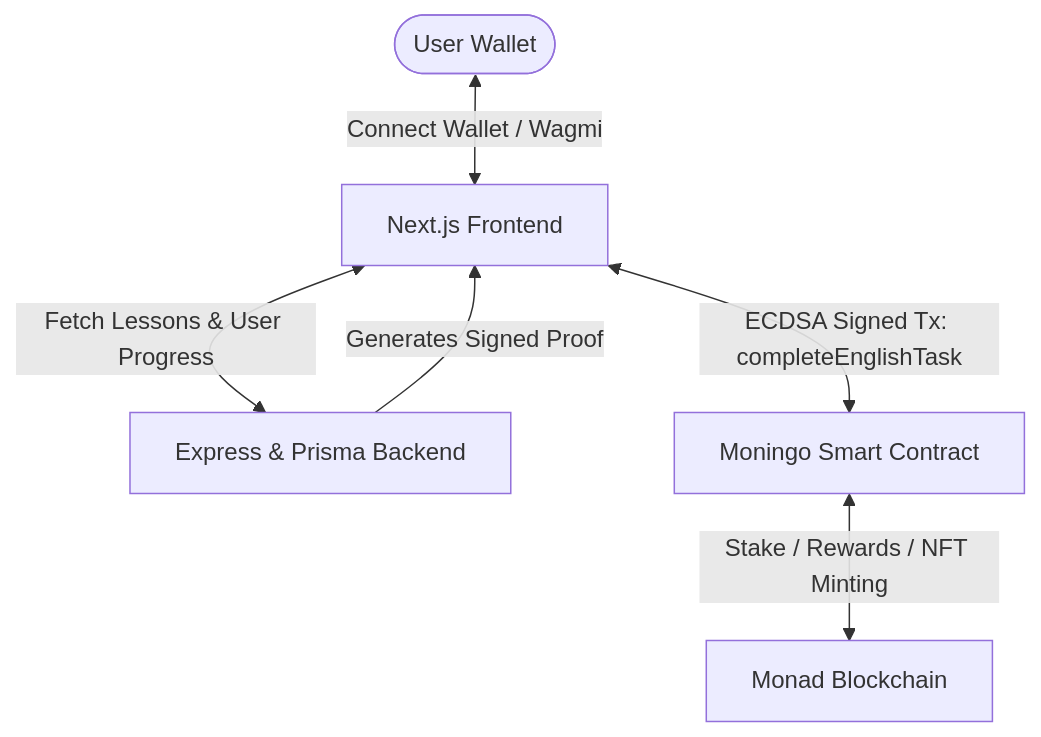
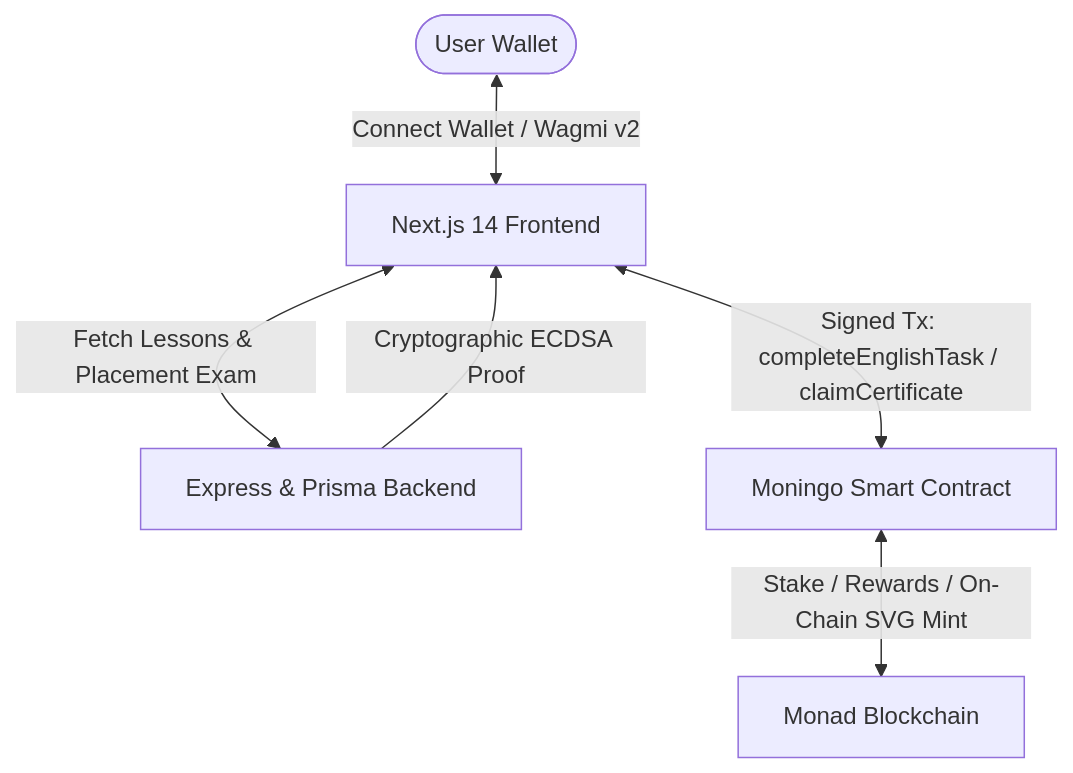
Before and after one commit to ibosta/monad-hackathon: the diagram in README.md, drawn with Mermaid. The commit also changed other lines of this file, not shown here.

````diff
--- a/README.md
+++ b/README.md
@@ -26,8 +40,8 @@
 ```mermaid
 flowchart TD
-    User([User Wallet]) <-->|Connect Wallet / Wagmi| Frontend[Next.js Frontend]
-    Frontend <-->|Fetch Lessons & User Progress| Backend[Express & Prisma Backend]
-    Frontend <-->|ECDSA Signed Tx: completeEnglishTask| Contract[Moningo Smart Contract]
-    Backend -->|Generates Signed Proof| Frontend
-    Contract <-->|Stake / Rewards / NFT Minting| MonadNetwork[Monad Blockchain]
+    User([User Wallet]) <-->|Connect Wallet / Wagmi v2| Frontend[Next.js 14 Frontend]
+    Frontend <-->|Fetch Lessons & Placement Exam| Backend[Express & Prisma Backend]
+    Backend -->|Cryptographic ECDSA Proof| Frontend
+    Frontend <-->|Signed Tx: completeEnglishTask / claimCertificate| Contract[Moningo Smart Contract]
+    Contract <-->|Stake / Rewards / On-Chain SVG Mint| MonadNetwork[Monad Blockchain]
 ```
````
